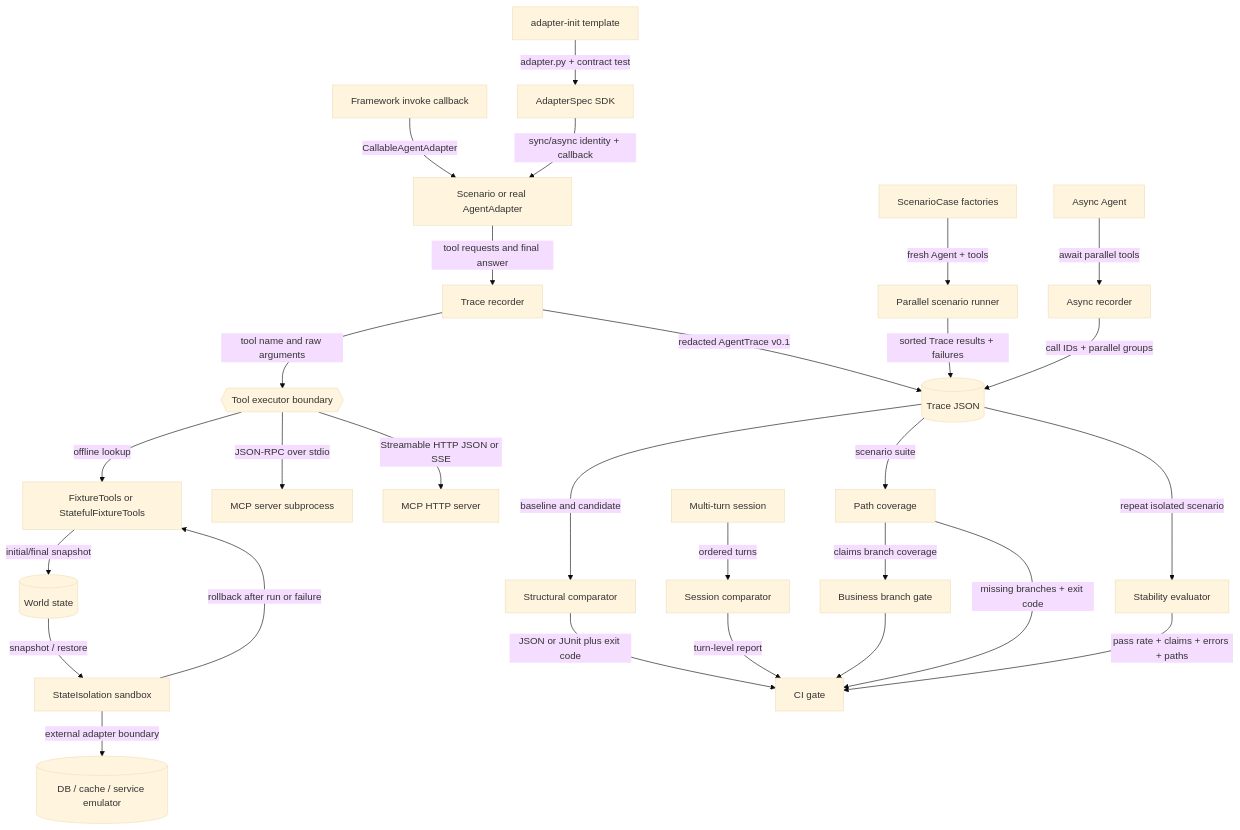
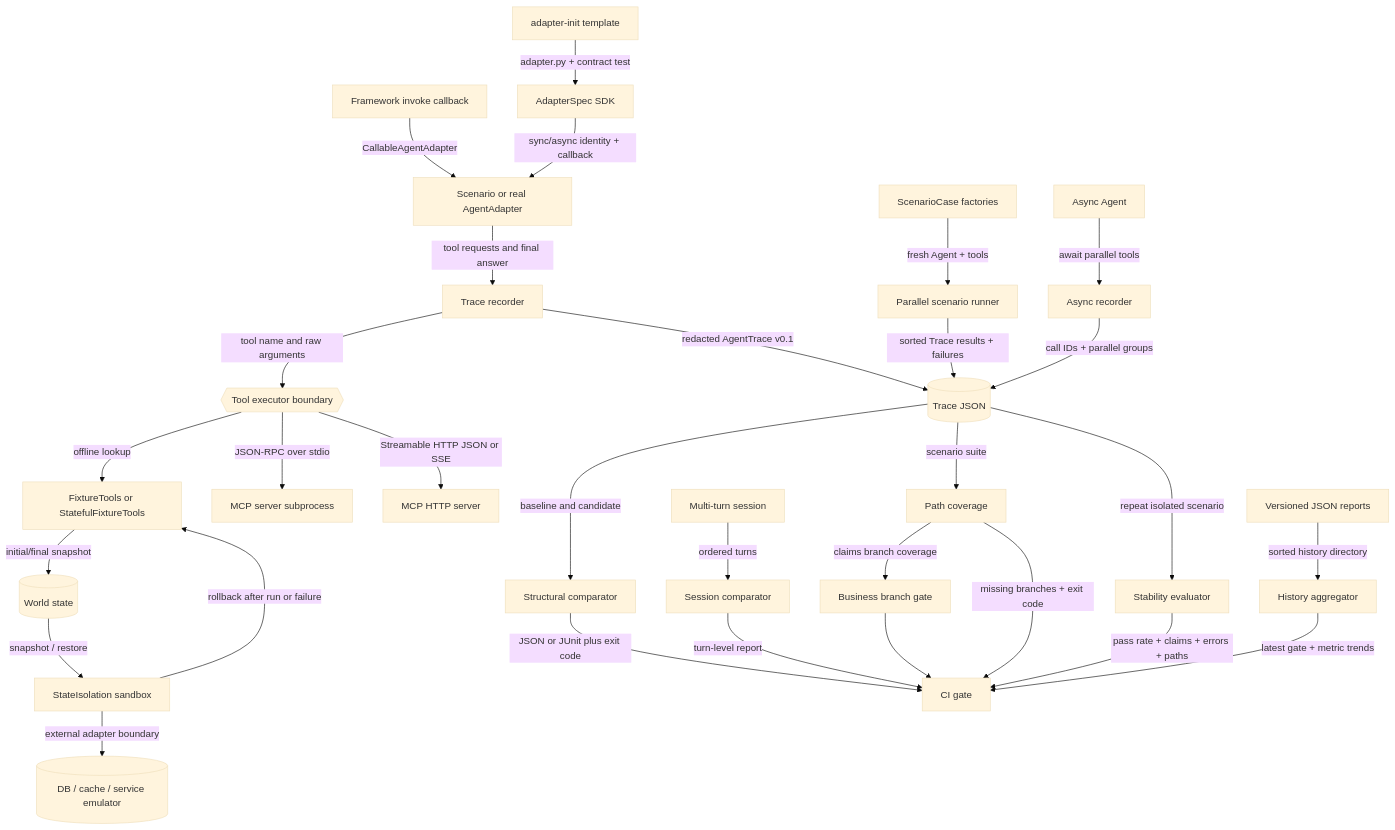
Before and after one commit to ANTAO94/agent-regression-kit: the first of 5 diagrams in docs/architecture.md, drawn with Mermaid (base theme). The commit also changed other lines of this file and 19 other files, not shown here.

Commit message:
feat: add v3.1 history trends

````diff
--- a/docs/architecture.md
+++ b/docs/architecture.md
@@ -5,30 +5,32 @@
 ```mermaid
 flowchart TD
     Scenario[Scenario or real AgentAdapter] -->|tool requests and final answer| Recorder[Trace recorder]
     Framework[Framework invoke callback] -->|CallableAgentAdapter| Scenario
     Recorder -->|tool name and raw arguments| Executor{{Tool executor boundary}}
     Executor -->|offline lookup| Fixture[FixtureTools or StatefulFixtureTools]
     Fixture -->|initial/final snapshot| World[(World state)]
     World -->|snapshot / restore| Isolation[StateIsolation sandbox]
     Isolation -->|rollback after run or failure| Fixture
     Isolation -->|external adapter boundary| External[(DB / cache / service emulator)]
     Executor -->|JSON-RPC over stdio| MCP[MCP server subprocess]
     Executor -->|Streamable HTTP JSON or SSE| HTTP[MCP HTTP server]
     Recorder -->|redacted AgentTrace v0.1| Trace[(Trace JSON)]
     Trace -->|baseline and candidate| Compare[Structural comparator]
     Compare -->|JSON or JUnit plus exit code| CI[CI gate]
     Session[Multi-turn session] -->|ordered turns| SessionCompare[Session comparator]
     SessionCompare -->|turn-level report| CI
     Coverage -->|claims branch coverage| BusinessGate[Business branch gate]
     BusinessGate --> CI
     Trace -->|scenario suite| Coverage[Path coverage]
     Coverage -->|missing branches + exit code| CI
     Suite[ScenarioCase factories] -->|fresh Agent + tools| Parallel[Parallel scenario runner]
     Parallel -->|sorted Trace results + failures| Trace
     Trace -->|repeat isolated scenario| Stability[Stability evaluator]
     Stability -->|pass rate + claims + errors + paths| CI
     AsyncAgent[Async Agent] -->|await parallel tools| AsyncRecorder[Async recorder]
     AsyncRecorder -->|call IDs + parallel groups| Trace
     AdapterSpec[AdapterSpec SDK] -->|sync/async identity + callback| Scenario
     AdapterTemplate[adapter-init template] -->|adapter.py + contract test| AdapterSpec
+    Reports[Versioned JSON reports] -->|sorted history directory| History[History aggregator]
+    History -->|latest gate + metric trends| CI
 ```
````
